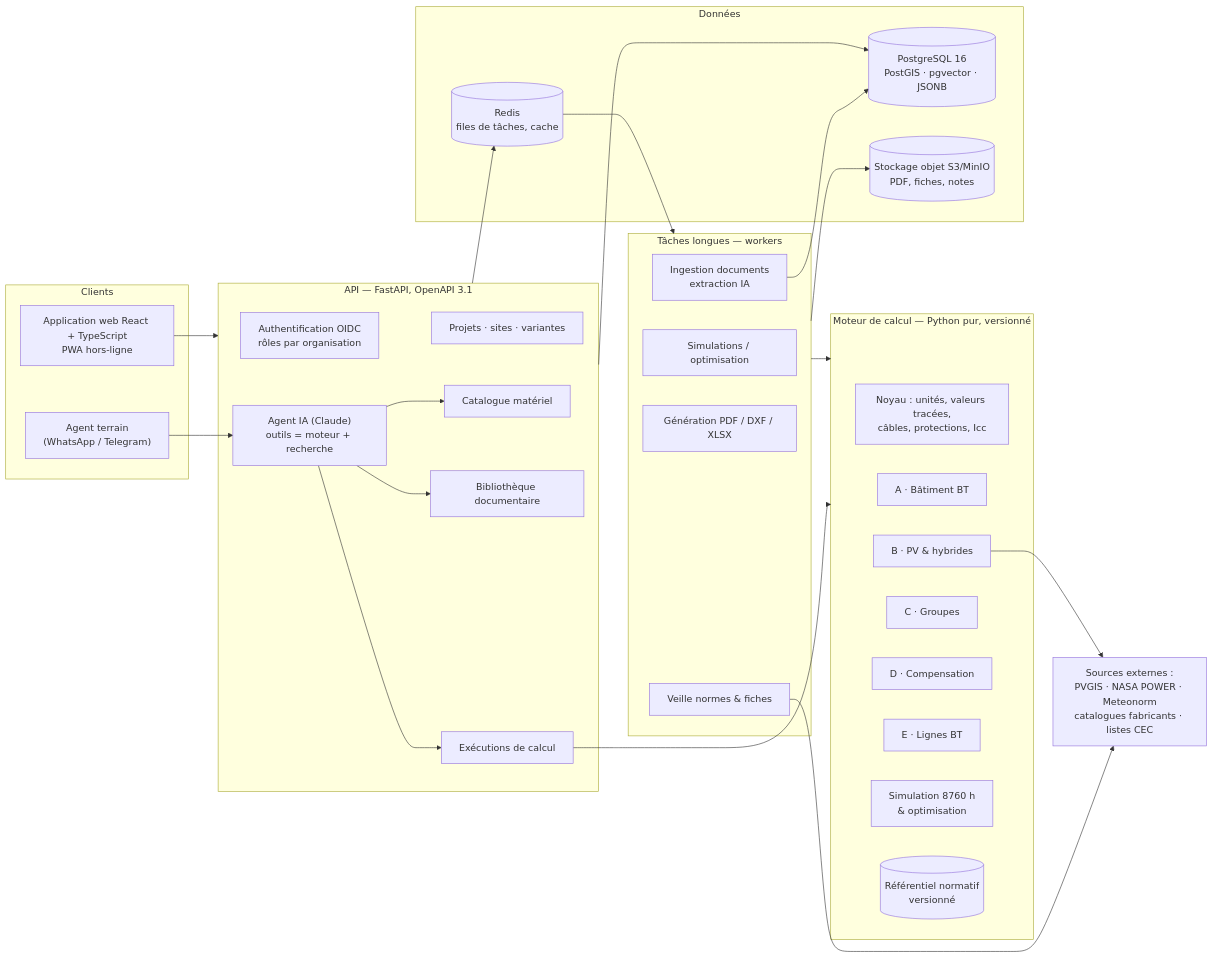
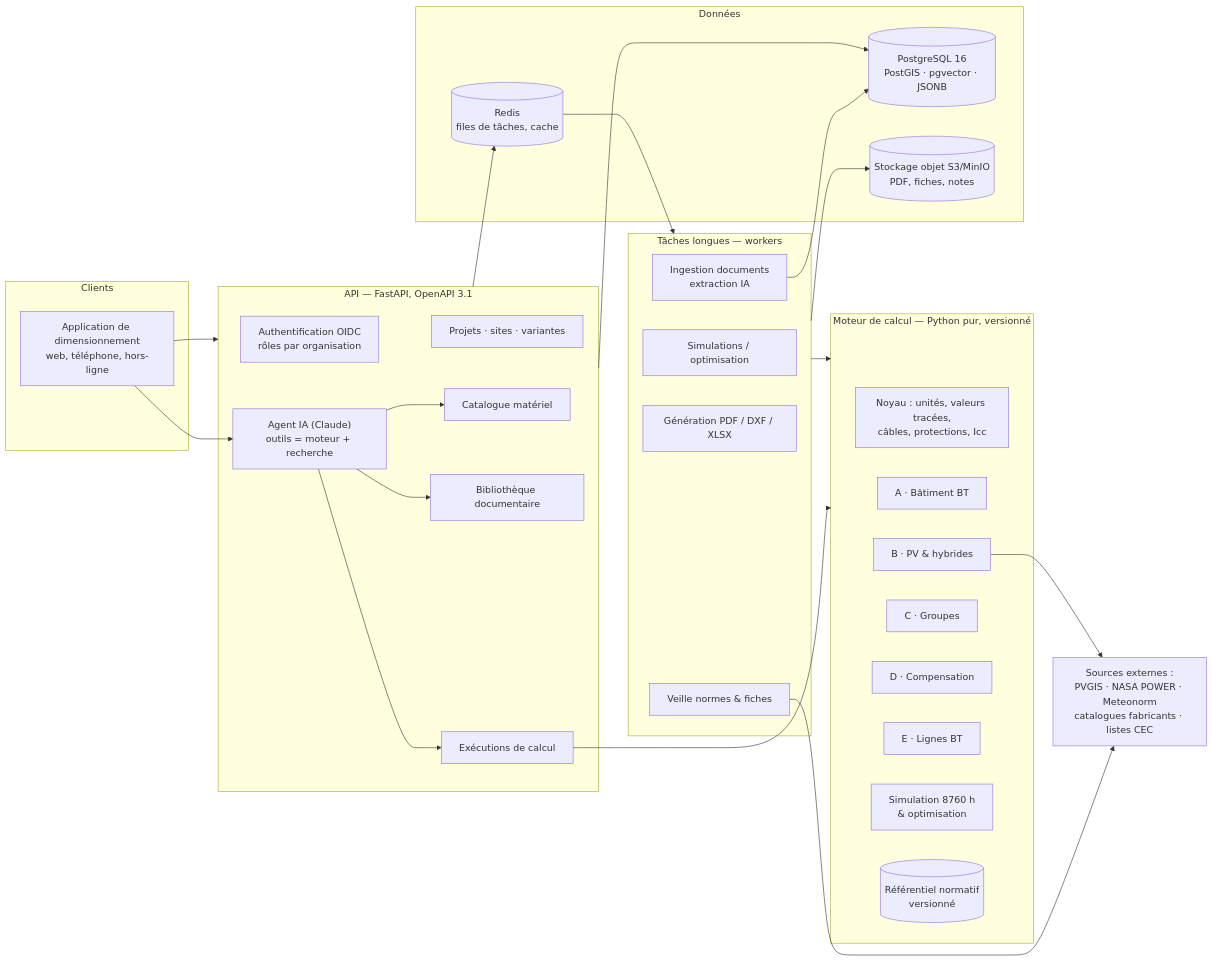
Before and after one commit to digitalbrainnk-boop/Nk: the first of 3 diagrams in dimensionnement/docs/01-architecture.md, drawn with Mermaid. The commit also changed other lines of this file and 7 other files, not shown here.

````diff
--- a/dimensionnement/docs/01-architecture.md
+++ b/dimensionnement/docs/01-architecture.md
@@ -24,56 +24,55 @@
 ```mermaid
 flowchart LR
   subgraph Clients
-    UI["Application web React + TypeScript<br/>PWA hors-ligne"]
-    TERRAIN["Agent terrain<br/>(WhatsApp / Telegram)"]
+    UI["Application de dimensionnement<br/>web, téléphone, hors-ligne"]
   end
 
   subgraph API["API — FastAPI, OpenAPI 3.1"]
     AUTH["Authentification OIDC<br/>rôles par organisation"]
     PROJ["Projets · sites · variantes"]
     RUN["Exécutions de calcul"]
     CAT["Catalogue matériel"]
     DOCS["Bibliothèque documentaire"]
     AGENT["Agent IA (Claude)<br/>outils = moteur + recherche"]
   end
 
   subgraph MOTEUR["Moteur de calcul — Python pur, versionné"]
     NOYAU["Noyau : unités, valeurs tracées,<br/>câbles, protections, Icc"]
     MA["A · Bâtiment BT"]
     MB["B · PV & hybrides"]
     MC["C · Groupes"]
     MD["D · Compensation"]
     ME["E · Lignes BT"]
     SIM["Simulation 8760 h<br/>& optimisation"]
     REF[("Référentiel normatif<br/>versionné")]
   end
 
   subgraph WORKERS["Tâches longues — workers"]
     W1["Simulations / optimisation"]
     W2["Ingestion documents<br/>extraction IA"]
     W3["Génération PDF / DXF / XLSX"]
     W4["Veille normes & fiches"]
   end
 
   subgraph DONNEES["Données"]
     PG[("PostgreSQL 16<br/>PostGIS · pgvector · JSONB")]
     S3[("Stockage objet S3/MinIO<br/>PDF, fiches, notes")]
     REDIS[("Redis<br/>files de tâches, cache")]
   end
 
   EXT["Sources externes :<br/>PVGIS · NASA POWER · Meteonorm<br/>catalogues fabricants · listes CEC"]
 
   UI --> API
-  TERRAIN --> AGENT
+  UI --> AGENT
   RUN --> MOTEUR
   AGENT --> RUN
   AGENT --> DOCS
   AGENT --> CAT
   API --> PG
   API --> REDIS --> WORKERS
   WORKERS --> MOTEUR
   WORKERS --> S3
   W2 --> PG
   W4 --> EXT
   MB --> EXT
 ```
````
